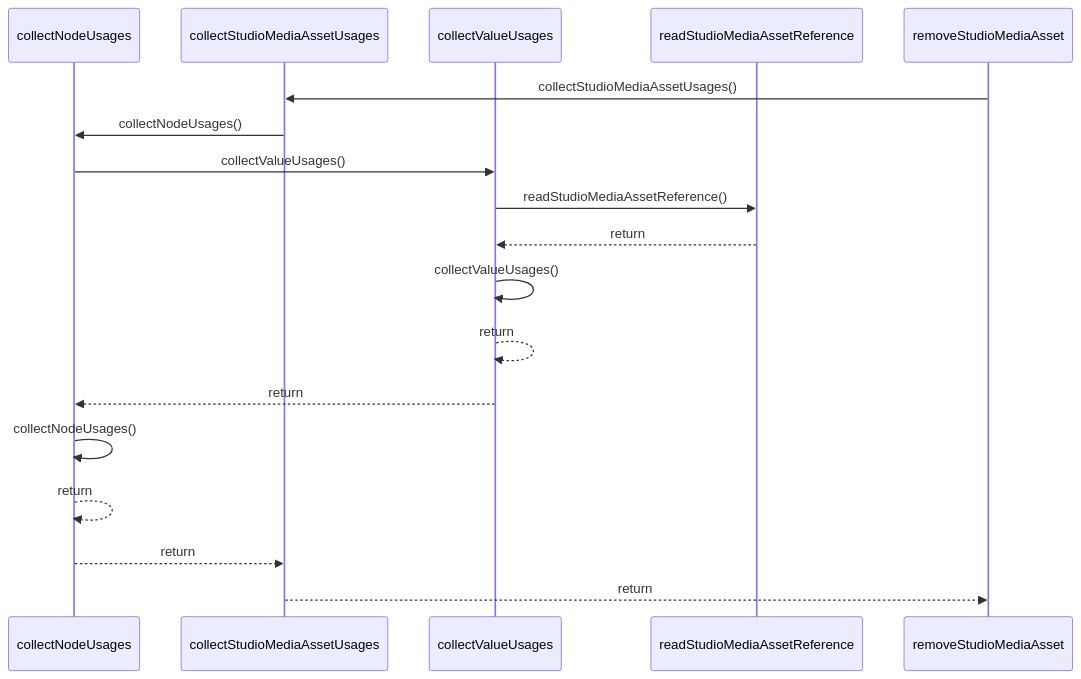
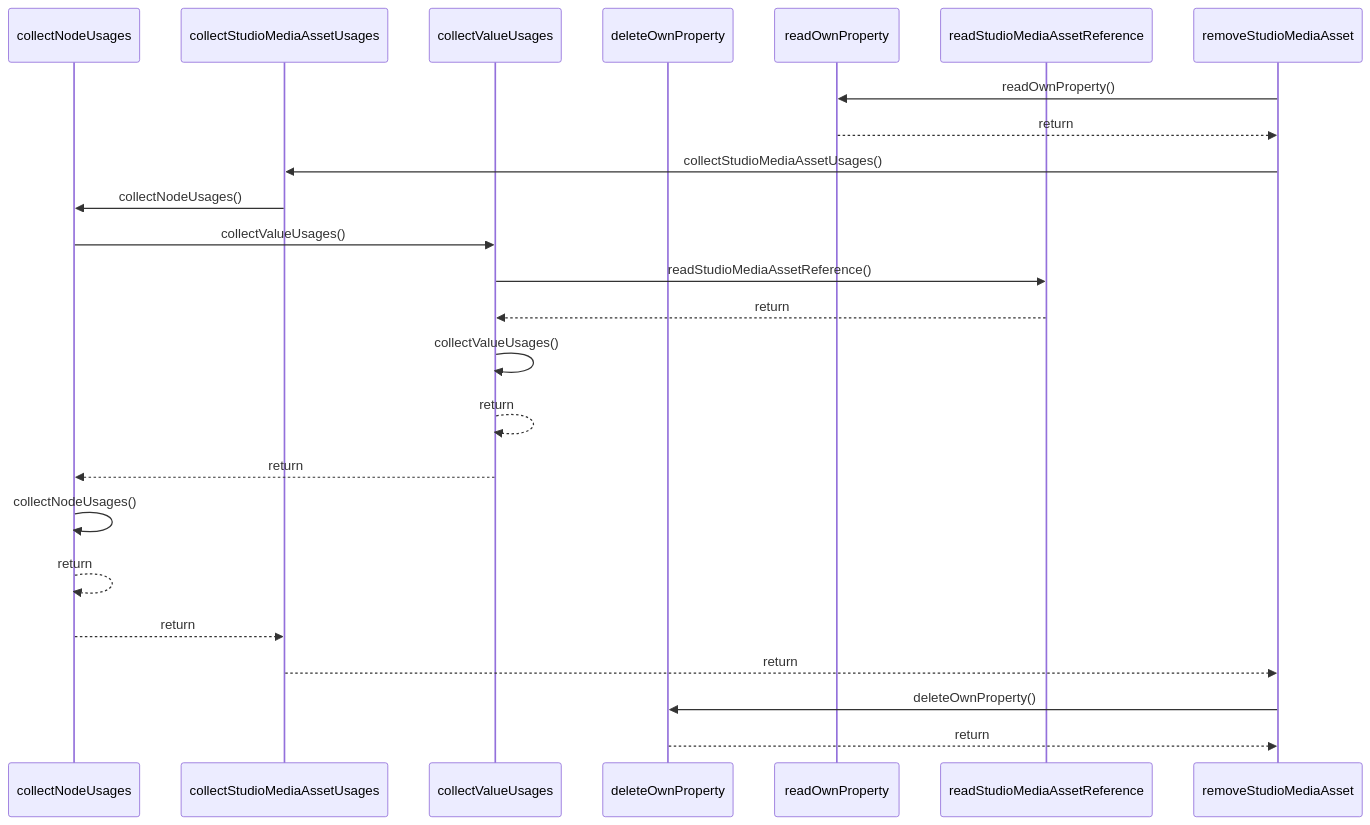
Before and after one commit to ankhorage/studio: the diagram in paradox/diagrams/sequences/remove-studio-media-asset.mmd, drawn with Mermaid. The commit also changed 18 other files, not shown here.

```diff
--- a/paradox/diagrams/sequences/remove-studio-media-asset.mmd
+++ b/paradox/diagrams/sequences/remove-studio-media-asset.mmd
@@ -1,18 +1,24 @@
 sequenceDiagram
   participant participant_collectNodeUsages as collectNodeUsages
   participant participant_collectStudioMediaAssetUsages as collectStudioMediaAssetUsages
   participant participant_collectValueUsages as collectValueUsages
+  participant participant_deleteOwnProperty as deleteOwnProperty
+  participant participant_readOwnProperty as readOwnProperty
   participant participant_readStudioMediaAssetReference as readStudioMediaAssetReference
   participant participant_removeStudioMediaAsset as removeStudioMediaAsset
+  participant_removeStudioMediaAsset->>participant_readOwnProperty: readOwnProperty()
+  participant_readOwnProperty-->>participant_removeStudioMediaAsset: return
   participant_removeStudioMediaAsset->>participant_collectStudioMediaAssetUsages: collectStudioMediaAssetUsages()
   participant_collectStudioMediaAssetUsages->>participant_collectNodeUsages: collectNodeUsages()
   participant_collectNodeUsages->>participant_collectValueUsages: collectValueUsages()
   participant_collectValueUsages->>participant_readStudioMediaAssetReference: readStudioMediaAssetReference()
   participant_readStudioMediaAssetReference-->>participant_collectValueUsages: return
   participant_collectValueUsages->>participant_collectValueUsages: collectValueUsages()
   participant_collectValueUsages-->>participant_collectValueUsages: return
   participant_collectValueUsages-->>participant_collectNodeUsages: return
   participant_collectNodeUsages->>participant_collectNodeUsages: collectNodeUsages()
   participant_collectNodeUsages-->>participant_collectNodeUsages: return
   participant_collectNodeUsages-->>participant_collectStudioMediaAssetUsages: return
   participant_collectStudioMediaAssetUsages-->>participant_removeStudioMediaAsset: return
+  participant_removeStudioMediaAsset->>participant_deleteOwnProperty: deleteOwnProperty()
+  participant_deleteOwnProperty-->>participant_removeStudioMediaAsset: return
```
